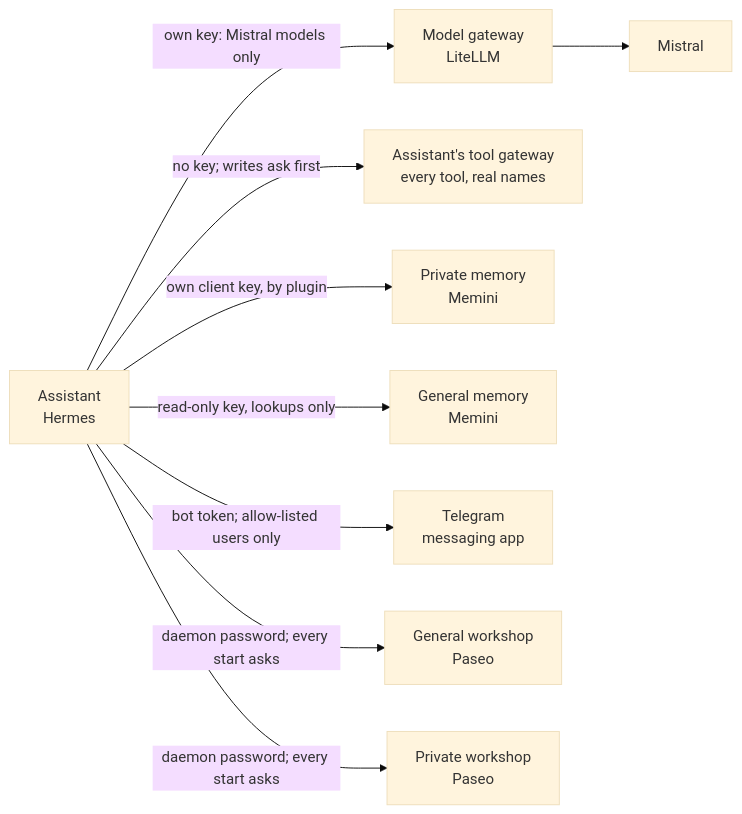
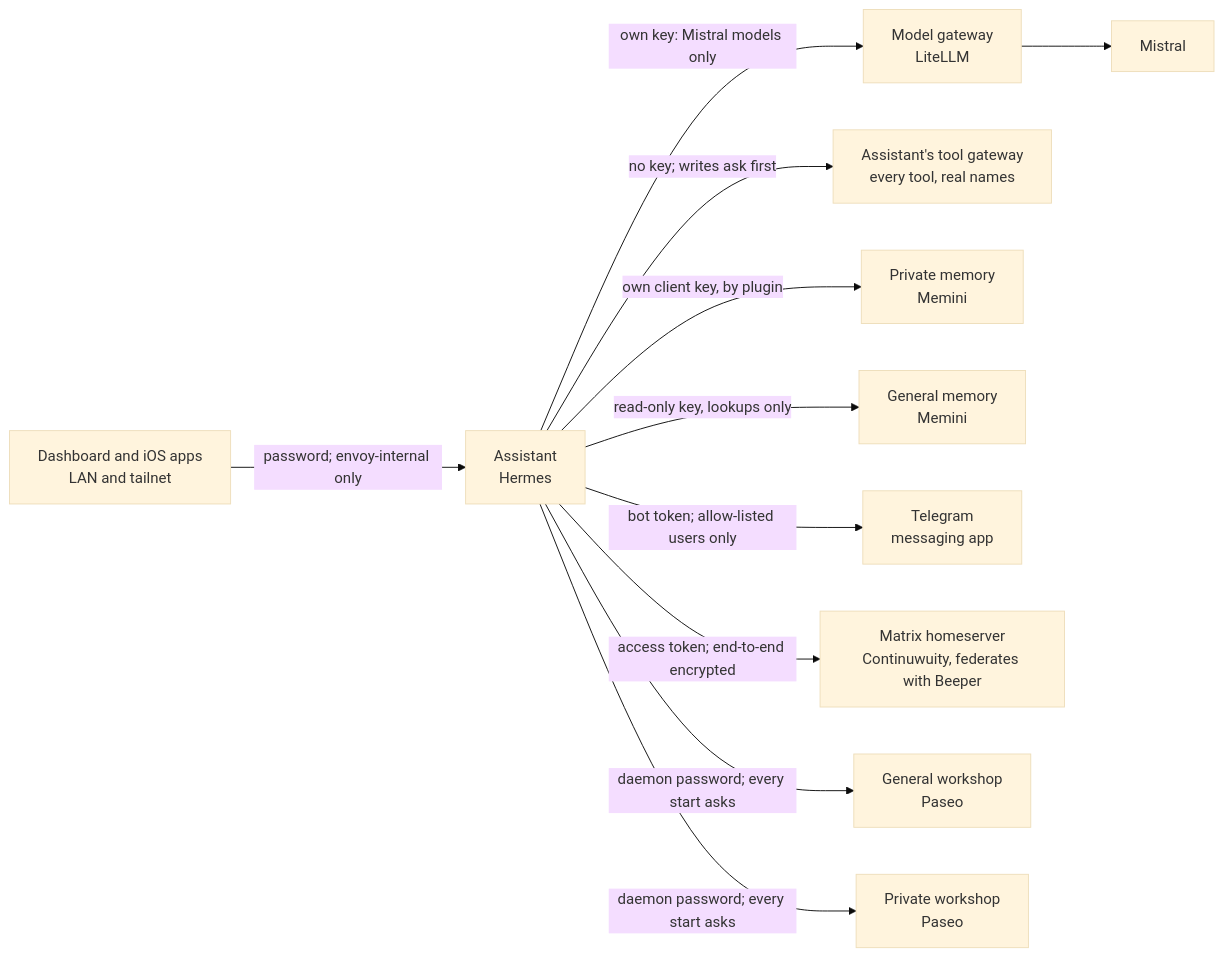
The first of 6 diagrams in kubernetes/apps/main/llm/docs/wiring.md (h-wb/home-ops), drawn with Mermaid (base theme) before and after one commit. The commit also changed other lines of this file and 18 other files, not shown here.

Commit message:
feat(hermes): Matrix on a self-hosted homeserver, dashboard on the internal gateway (#4915)

````diff
--- a/kubernetes/apps/main/llm/docs/wiring.md
+++ b/kubernetes/apps/main/llm/docs/wiring.md
@@ -44,20 +45,24 @@
 ```mermaid
 flowchart LR
     A["Assistant<br/>Hermes"]:::private
     L["Model gateway<br/>LiteLLM"]:::shared
     MI["Mistral"]:::outside
     T["Assistant's tool gateway<br/>every tool, real names"]:::private
     M["Private memory<br/>Memini"]:::private
     G["General memory<br/>Memini"]:::general
     TG["Telegram<br/>messaging app"]:::outside
+    MX["Matrix homeserver<br/>Continuwuity, federates with Beeper"]:::private
+    D["Dashboard and iOS apps<br/>LAN and tailnet"]:::private
     GW["General workshop<br/>Paseo"]:::general
     PW["Private workshop<br/>Paseo"]:::private
     A -->|"own key: Mistral models only"| L
     L --> MI
     A -->|"no key; writes ask first"| T
     A -->|"own client key, by plugin"| M
     A -->|"read-only key, lookups only"| G
     A -->|"bot token; allow-listed users only"| TG
+    A -->|"access token; end-to-end encrypted"| MX
+    D -->|"password; envoy-internal only"| A
     A -->|"daemon password; every start asks"| GW
     A -->|"daemon password; every start asks"| PW
 ```
````
